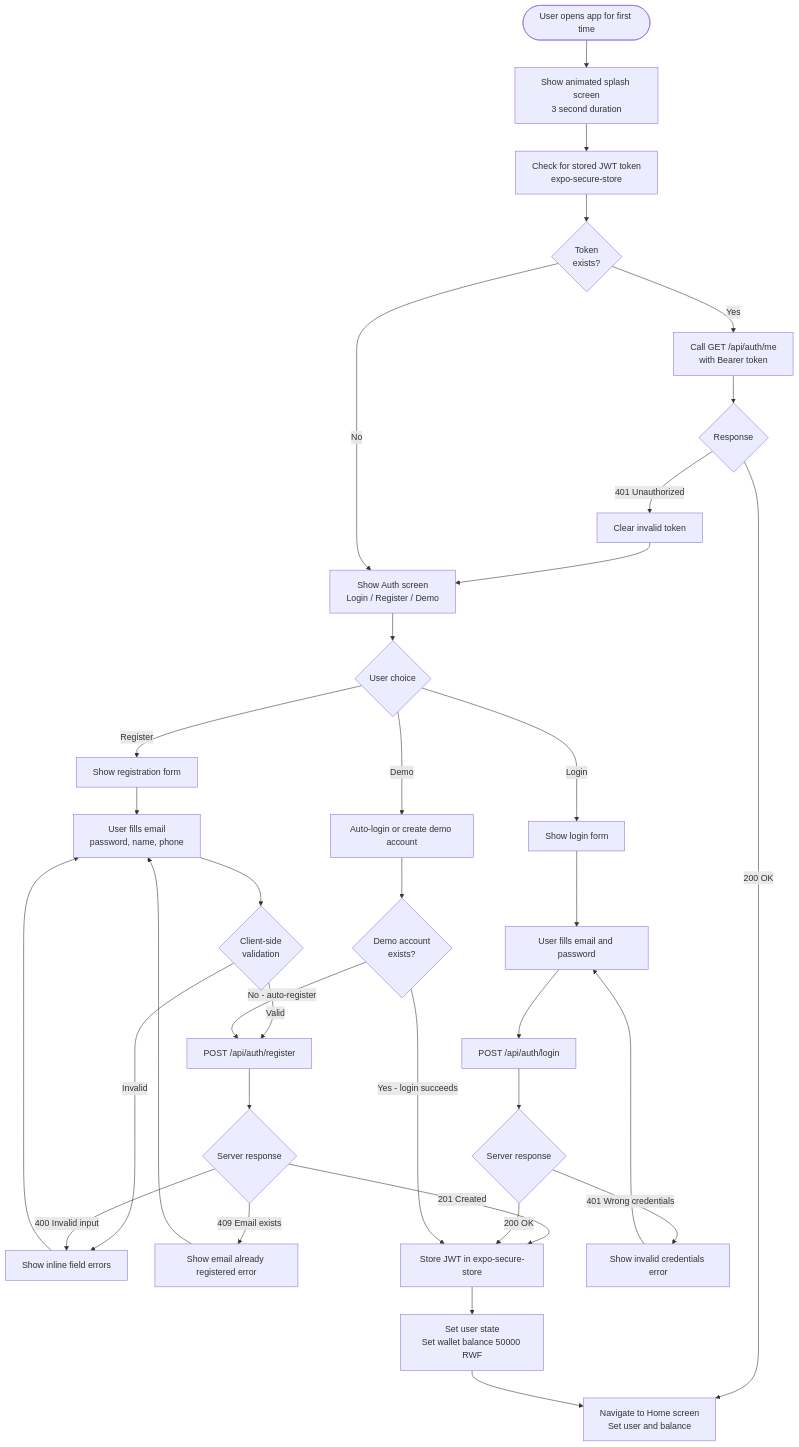
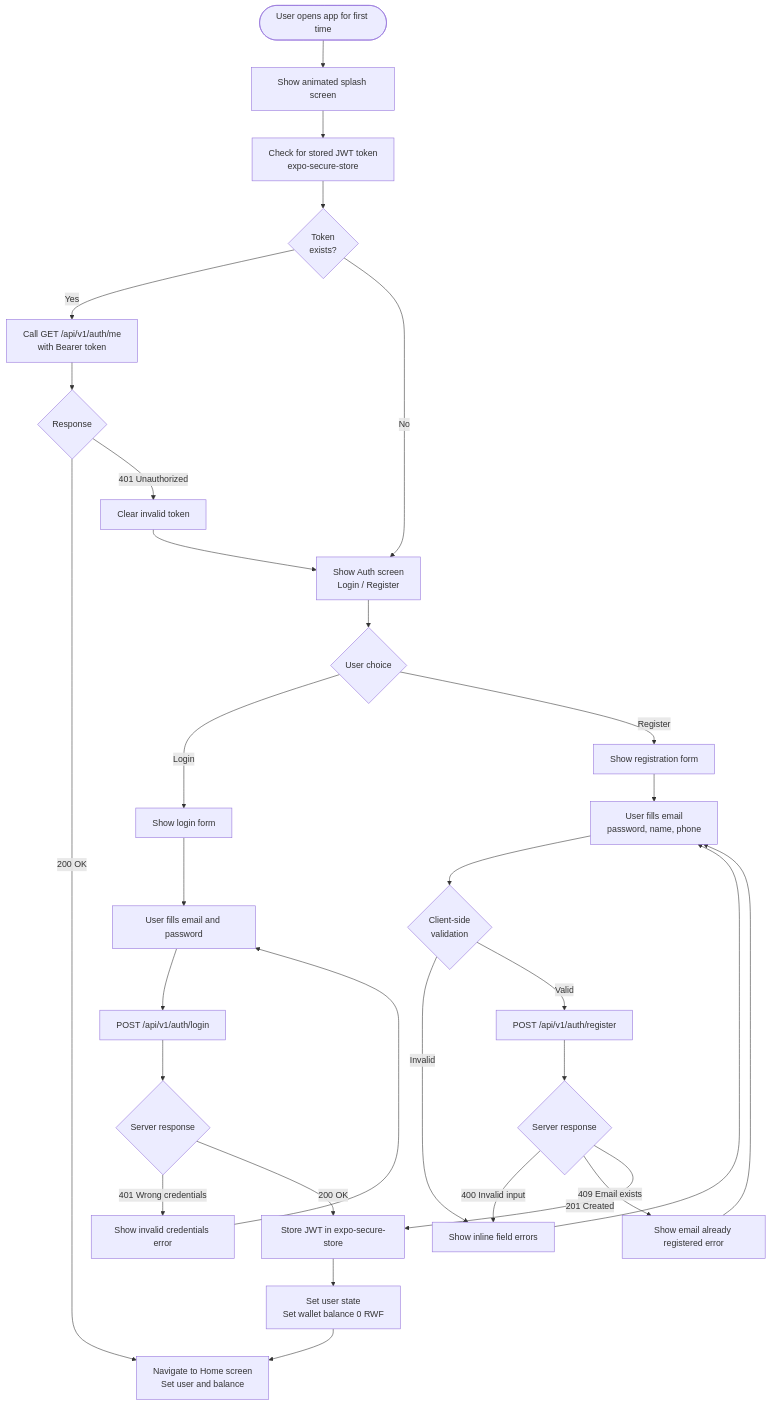
Before and after one commit to pac-cee/Rwanda_Pay: the fourth of 7 diagrams in docs/03-uml-diagrams.md, drawn with Mermaid. The commit also changed other lines of this file, not shown here.

Commit message:
uml_diagrams

````diff
--- a/docs/03-uml-diagrams.md
+++ b/docs/03-uml-diagrams.md
@@ -298,44 +273,39 @@
 ```mermaid
 flowchart TD
-    START([User opens app for first time]) --> SPLASH[Show animated splash screen\n3 second duration]
+    START([User opens app for first time]) --> SPLASH[Show animated splash screen]
     SPLASH --> AUTH_CHECK[Check for stored JWT token\nexpo-secure-store]
     AUTH_CHECK --> HAS_TOKEN{Token\nexists?}
 
-    HAS_TOKEN -->|Yes| RESTORE[Call GET /api/auth/me\nwith Bearer token]
+    HAS_TOKEN -->|Yes| RESTORE[Call GET /api/v1/auth/me\nwith Bearer token]
     RESTORE --> RESTORE_RESULT{Response}
     RESTORE_RESULT -->|200 OK| HOME[Navigate to Home screen\nSet user and balance]
     RESTORE_RESULT -->|401 Unauthorized| CLEAR_TOKEN[Clear invalid token]
     CLEAR_TOKEN --> AUTH_SCREEN
 
-    HAS_TOKEN -->|No| AUTH_SCREEN[Show Auth screen\nLogin / Register / Demo]
+    HAS_TOKEN -->|No| AUTH_SCREEN[Show Auth screen\nLogin / Register]
 
     AUTH_SCREEN --> CHOICE{User choice}
     CHOICE -->|Login| LOGIN_FORM[Show login form]
     CHOICE -->|Register| REG_FORM[Show registration form]
-    CHOICE -->|Demo| DEMO[Auto-login or create demo account]
 
     REG_FORM --> FILL[User fills email\npassword, name, phone]
     FILL --> VALIDATE{Client-side\nvalidation}
     VALIDATE -->|Invalid| SHOW_ERRORS[Show inline field errors]
     SHOW_ERRORS --> FILL
-    VALIDATE -->|Valid| POST_REG[POST /api/auth/register]
+    VALIDATE -->|Valid| POST_REG[POST /api/v1/auth/register]
 
     POST_REG --> REG_RESULT{Server response}
     REG_RESULT -->|400 Invalid input| SHOW_ERRORS
     REG_RESULT -->|409 Email exists| EMAIL_ERR[Show email already registered error]
     EMAIL_ERR --> FILL
     REG_RESULT -->|201 Created| STORE_TOKEN[Store JWT in expo-secure-store]
-    STORE_TOKEN --> SET_STATE[Set user state\nSet wallet balance 50000 RWF]
+    STORE_TOKEN --> SET_STATE[Set user state\nSet wallet balance 0 RWF]
     SET_STATE --> HOME
 
     LOGIN_FORM --> LOGIN_FILL[User fills email and password]
-    LOGIN_FILL --> POST_LOGIN[POST /api/auth/login]
+    LOGIN_FILL --> POST_LOGIN[POST /api/v1/auth/login]
     POST_LOGIN --> LOGIN_RESULT{Server response}
     LOGIN_RESULT -->|401 Wrong credentials| LOGIN_ERR[Show invalid credentials error]
     LOGIN_ERR --> LOGIN_FILL
     LOGIN_RESULT -->|200 OK| STORE_TOKEN
-
-    DEMO --> DEMO_RESULT{Demo account\nexists?}
-    DEMO_RESULT -->|Yes - login succeeds| STORE_TOKEN
-    DEMO_RESULT -->|No - auto-register| POST_REG
 ```
````
